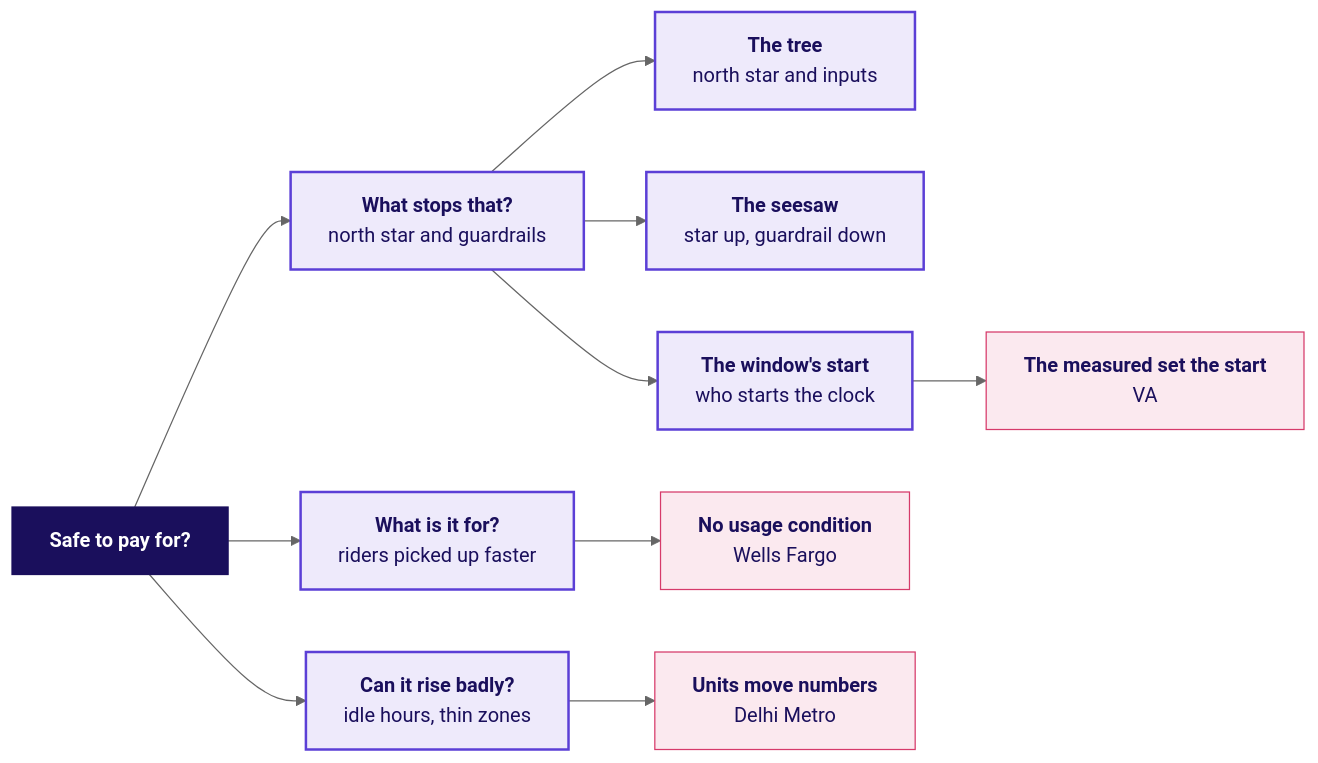
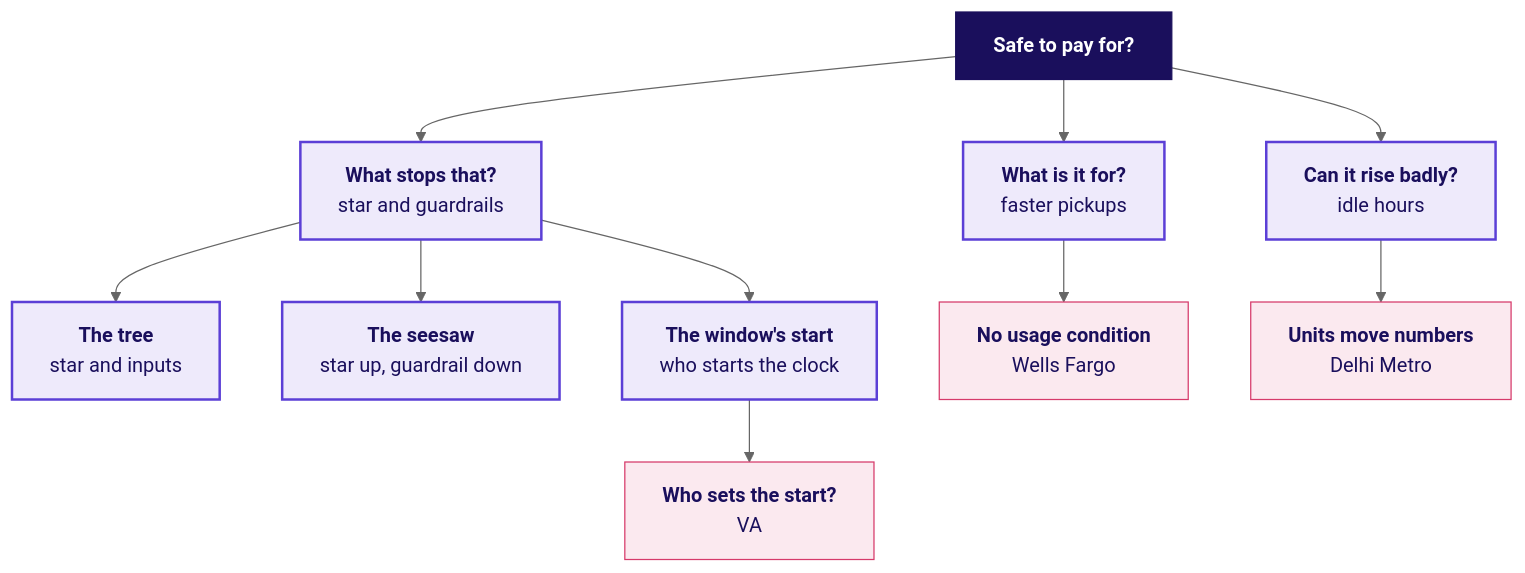
The tenth of 10 diagrams in content/W04/D1/slides/C2_W04_D01_half1_STUDENT.md (fde-academy-lab/c2-content-factory), drawn with Mermaid (neutral theme) before and after one commit. The commit also changed other lines of this file and 3 other files, not shown here.

````diff
--- a/content/W04/D1/slides/C2_W04_D01_half1_STUDENT.md
+++ b/content/W04/D1/slides/C2_W04_D01_half1_STUDENT.md
@@ -804,28 +804,28 @@
 ```mermaid
-flowchart LR
+flowchart TD
     Q["<b>Safe to pay for?</b>"]
-    Q1["<b>What is it for?</b><br/>riders picked up faster"]
-    Q2["<b>Can it rise badly?</b><br/>idle hours, thin zones"]
-    Q3["<b>What stops that?</b><br/>north star and guardrails"]
-    S1["<b>The tree</b><br/>north star and inputs"]
+    Q1["<b>What is it for?</b><br/>faster pickups"]
+    Q2["<b>Can it rise badly?</b><br/>idle hours"]
+    Q3["<b>What stops that?</b><br/>star and guardrails"]
+    S1["<b>The tree</b><br/>star and inputs"]
     S2["<b>The seesaw</b><br/>star up, guardrail down"]
     S3["<b>The window's start</b><br/>who starts the clock"]
     P1["<b>No usage condition</b><br/>Wells Fargo"]
     P2["<b>Units move numbers</b><br/>Delhi Metro"]
-    P3["<b>The measured set the start</b><br/>VA"]
+    P3["<b>Who sets the start?</b><br/>VA"]
     Q --> Q1
     Q --> Q2
     Q --> Q3
     Q3 --> S1
     Q3 --> S2
     Q3 --> S3
     Q1 --> P1
     Q2 --> P2
     S3 --> P3
     classDef lit fill:#1A0F5C,stroke:#1A0F5C,color:#FFFFFF
     classDef known fill:#EEEAFB,stroke:#5B3FD6,color:#1A0F5C,stroke-width:2px
     classDef bad fill:#FBE9EF,stroke:#D63A6A,color:#1A0F5C
     class Q lit
     class Q1,Q2,Q3,S1,S2,S3 known
     class P1,P2,P3 bad
 ```
````
